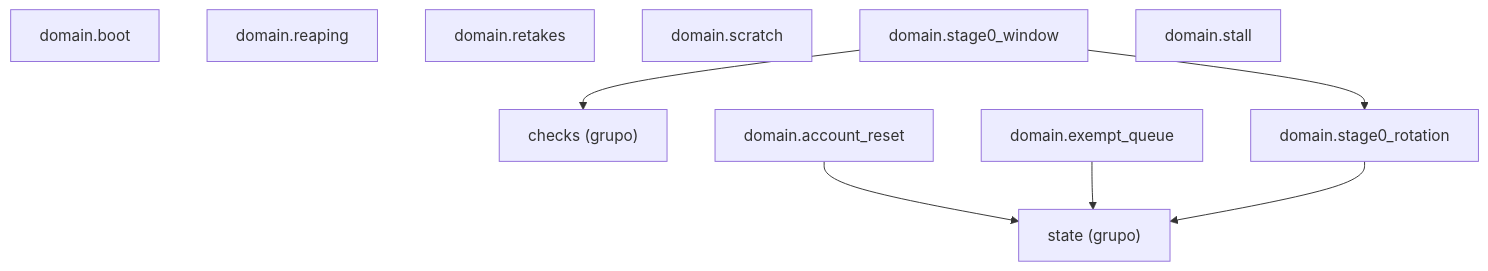
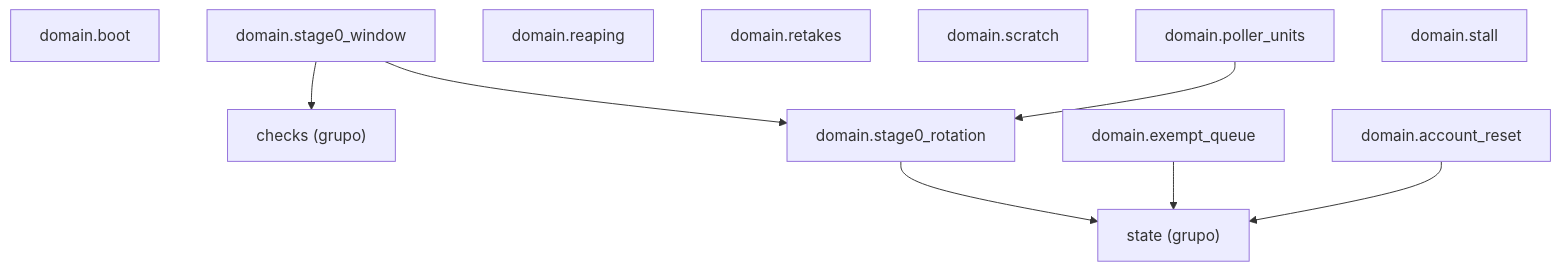
Before and after one commit to GonzaloZevallos/agentic-system: the diagram in docs/architecture/generated/packages-process-domain-machine.md, drawn with Mermaid. The commit also changed 24 other files, not shown here.

First line of the commit message:
Read the stage0 smoke's installed products from the poller units

````diff
--- a/docs/architecture/generated/packages-process-domain-machine.md
+++ b/docs/architecture/generated/packages-process-domain-machine.md
@@ -12,19 +12,21 @@
 ```mermaid
 graph TD
     g_domain__checks["checks (grupo)"]
     g_domain__state["state (grupo)"]
     m_domain__account_reset["domain.account_reset"]
     m_domain__boot["domain.boot"]
     m_domain__exempt_queue["domain.exempt_queue"]
+    m_domain__poller_units["domain.poller_units"]
     m_domain__reaping["domain.reaping"]
     m_domain__retakes["domain.retakes"]
     m_domain__scratch["domain.scratch"]
     m_domain__stage0_rotation["domain.stage0_rotation"]
     m_domain__stage0_window["domain.stage0_window"]
     m_domain__stall["domain.stall"]
     m_domain__account_reset --> g_domain__state
     m_domain__exempt_queue --> g_domain__state
+    m_domain__poller_units --> m_domain__stage0_rotation
     m_domain__stage0_rotation --> g_domain__state
     m_domain__stage0_window --> g_domain__checks
     m_domain__stage0_window --> m_domain__stage0_rotation
 ```
````
